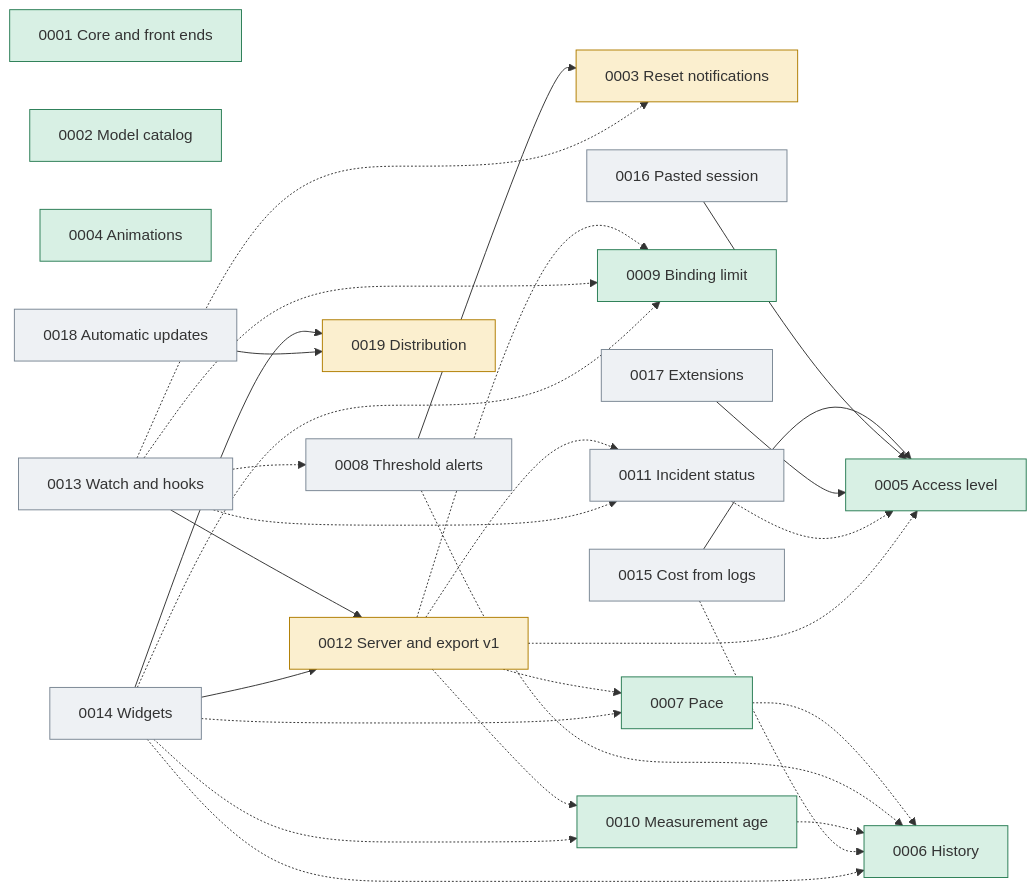
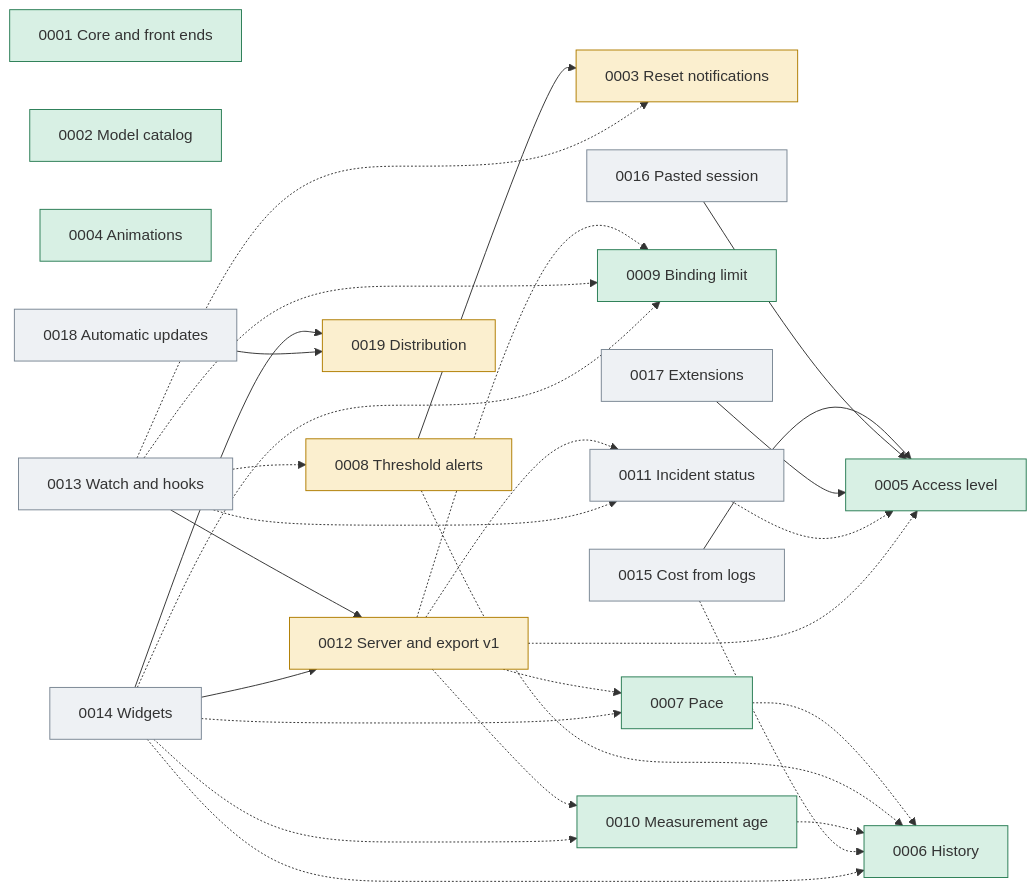
Before and after one commit to jmarcon/cuotai: the diagram in docs/plans/0000_control.md, drawn with Mermaid. The commit also changed other lines of this file and 12 other files, not shown here.

First line of the commit message:
feat(alerts): add the core usage threshold evaluator

````diff
--- a/docs/plans/0000_control.md
+++ b/docs/plans/0000_control.md
@@ -94,54 +95,54 @@
 ```mermaid
 graph LR
   classDef done fill:#d8f0e4,stroke:#2a7d55
   classDef wip fill:#fbefcf,stroke:#b07d00
   classDef todo fill:#eef1f4,stroke:#7a8794
 
   P1["0001 Core and front ends"]:::done
   P2["0002 Model catalog"]:::done
   P3["0003 Reset notifications"]:::wip
   P4["0004 Animations"]:::done
   P5["0005 Access level"]:::done
   P6["0006 History"]:::done
   P7["0007 Pace"]:::done
-  P8["0008 Threshold alerts"]:::todo
+  P8["0008 Threshold alerts"]:::wip
   P9["0009 Binding limit"]:::done
   P10["0010 Measurement age"]:::done
   P11["0011 Incident status"]:::todo
   P12["0012 Server and export v1"]:::wip
   P13["0013 Watch and hooks"]:::todo
   P14["0014 Widgets"]:::todo
   P15["0015 Cost from logs"]:::todo
   P16["0016 Pasted session"]:::todo
   P17["0017 Extensions"]:::todo
   P18["0018 Automatic updates"]:::todo
   P19["0019 Distribution"]:::wip
 
   P8 --> P3
   P13 --> P12
   P14 --> P12
   P14 --> P19
   P15 --> P5
   P16 --> P5
   P17 --> P5
   P18 --> P19
 
   P7 -.-> P6
   P8 -.-> P6
   P10 -.-> P6
   P11 -.-> P5
   P15 -.-> P6
   P12 -.-> P5
   P12 -.-> P7
   P12 -.-> P9
   P12 -.-> P10
   P12 -.-> P11
   P13 -.-> P3
   P13 -.-> P8
   P13 -.-> P9
   P13 -.-> P11
   P14 -.-> P6
   P14 -.-> P7
   P14 -.-> P9
   P14 -.-> P10
 ```
````
